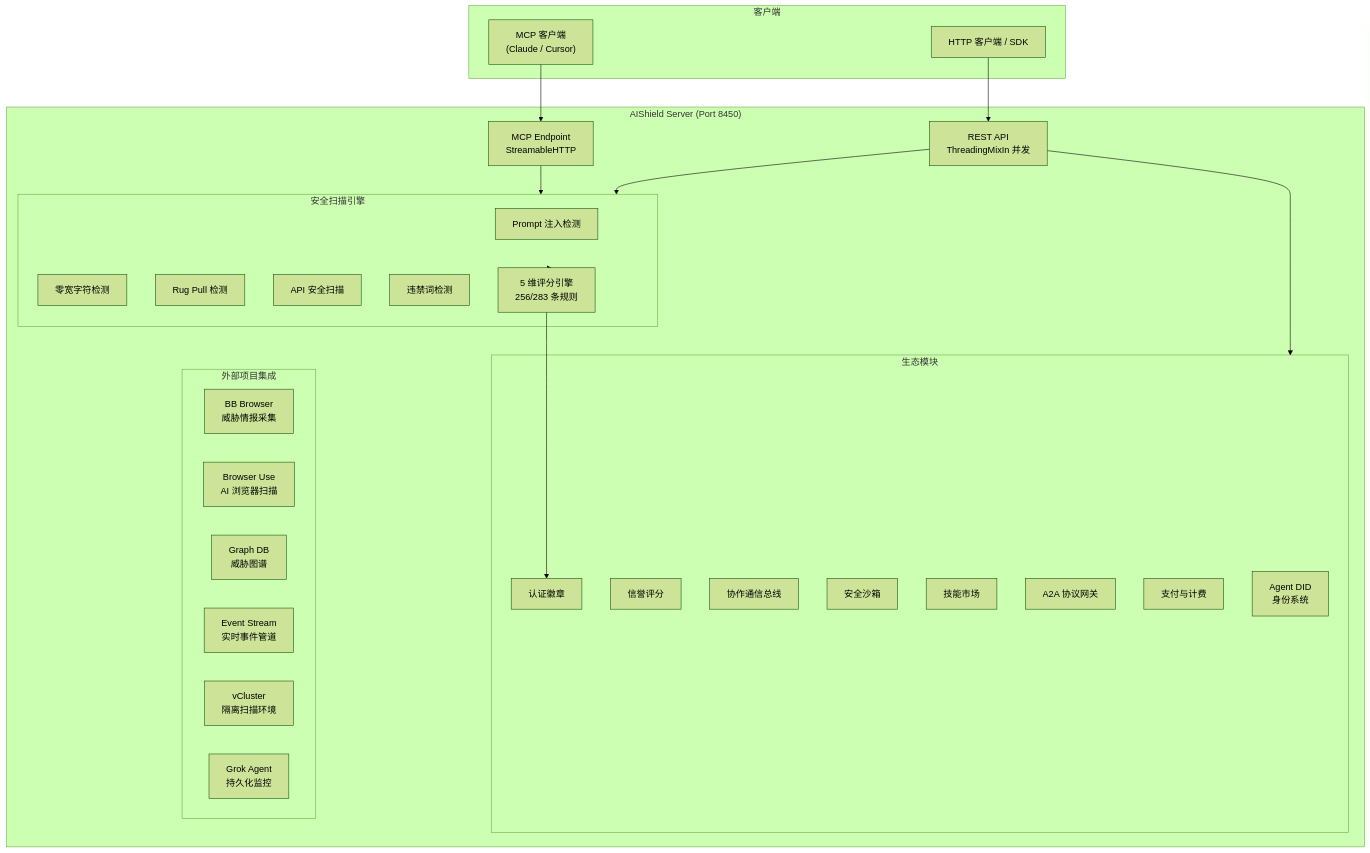
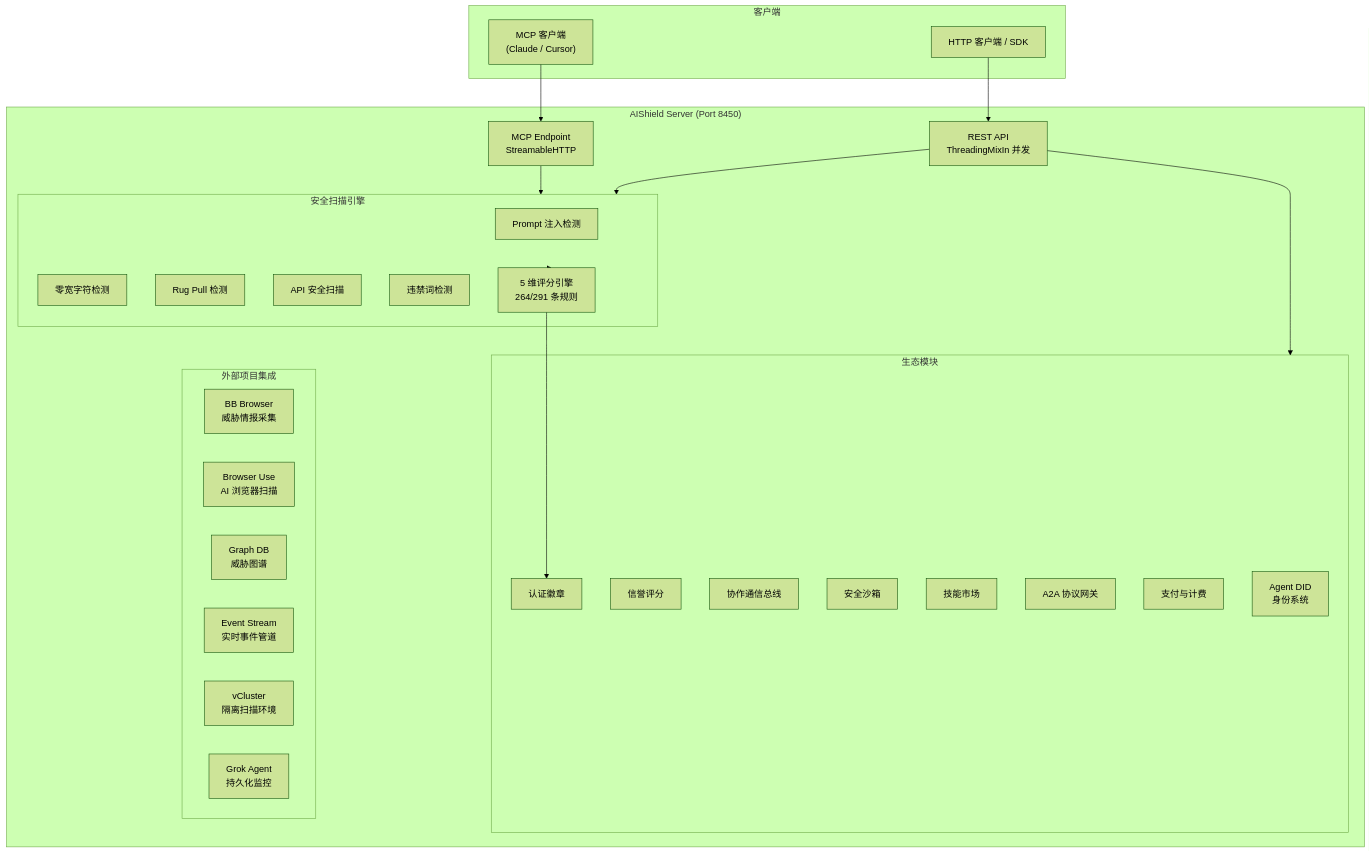
Before and after one commit to lm203688/aishield: the diagram in README.md, drawn with Mermaid (forest theme). The commit also changed other lines of this file and 68 other files, not shown here.

````diff
--- a/README.md
+++ b/README.md
@@ -297,49 +297,49 @@
 ```mermaid
 graph TB
     subgraph Clients["客户端"]
         MCP["MCP 客户端<br/>(Claude / Cursor)"]
         SDK["HTTP 客户端 / SDK"]
     end
 
     subgraph Server["AIShield Server (Port 8450)"]
         API["REST API<br/>ThreadingMixIn 并发"]
         MCPE["MCP Endpoint<br/>StreamableHTTP"]
 
         subgraph Scanner["安全扫描引擎"]
             PE["Prompt 注入检测"]
             MW["零宽字符检测"]
             RP["Rug Pull 检测"]
             AS["API 安全扫描"]
             BW["违禁词检测"]
-            SC["5 维评分引擎<br/>256/283 条规则"]
+            SC["5 维评分引擎<br/>264/291 条规则"]
         end
 
         subgraph Eco["生态模块"]
             ID["Agent DID<br/>身份系统"]
             RP2["信誉评分"]
             CO["协作通信总线"]
             SB["安全沙箱"]
             MK["技能市场"]
             A2A["A2A 协议网关"]
             PAY["支付与计费"]
             BD["认证徽章"]
         end
 
         subgraph Integrations["外部项目集成"]
             BB["BB Browser<br/>威胁情报采集"]
             BU["Browser Use<br/>AI 浏览器扫描"]
             GDB["Graph DB<br/>威胁图谱"]
             ES["Event Stream<br/>实时事件管道"]
             VC["vCluster<br/>隔离扫描环境"]
             GA["Grok Agent<br/>持久化监控"]
         end
     end
 
     MCP --> MCPE
     SDK --> API
     MCPE --> Scanner
     API --> Scanner
     API --> Eco
     Scanner --> SC
     SC --> BD
 ```
````
